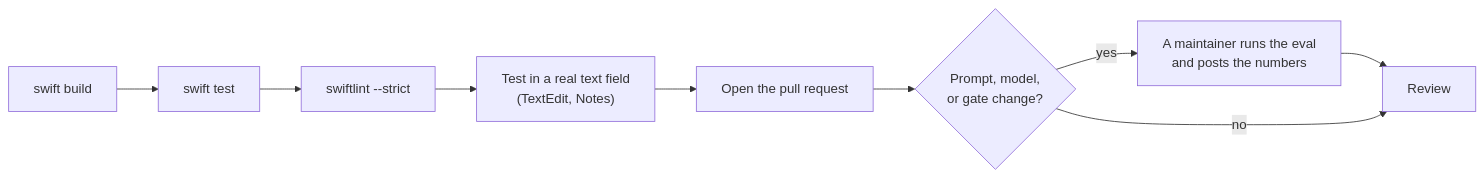
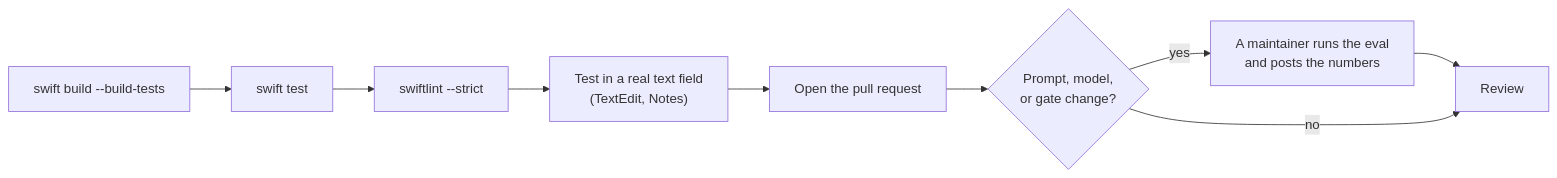
Before and after one commit to nikiomori/Pretype: the diagram in CONTRIBUTING.md, drawn with Mermaid. The commit also changed other lines of this file and 2 other files, not shown here.

Commit message:
ci: check the string catalog
A user-visible string that never reached the catalog shipped untranslated without a failure.

````diff
--- a/CONTRIBUTING.md
+++ b/CONTRIBUTING.md
@@ -126,8 +126,8 @@
 ```mermaid
 flowchart LR
-    B["swift build"] --> T["swift test"] --> L["swiftlint --strict"]
+    B["swift build --build-tests"] --> T["swift test"] --> L["swiftlint --strict"]
     L --> R["Test in a real text field<br/>(TextEdit, Notes)"] --> PR["Open the pull request"]
     PR --> Q{"Prompt, model,<br/>or gate change?"}
     Q -- yes --> E["A maintainer runs the eval<br/>and posts the numbers"] --> V["Review"]
     Q -- no --> V
 ```
````
